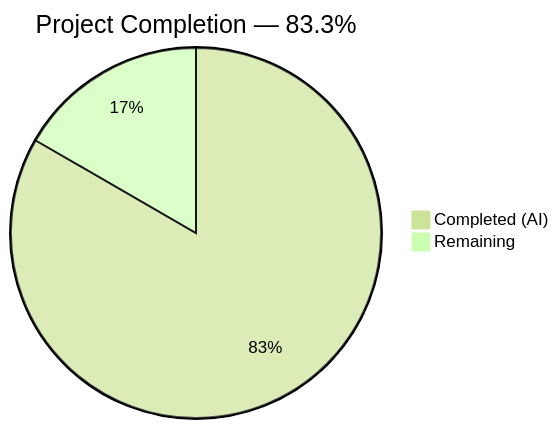
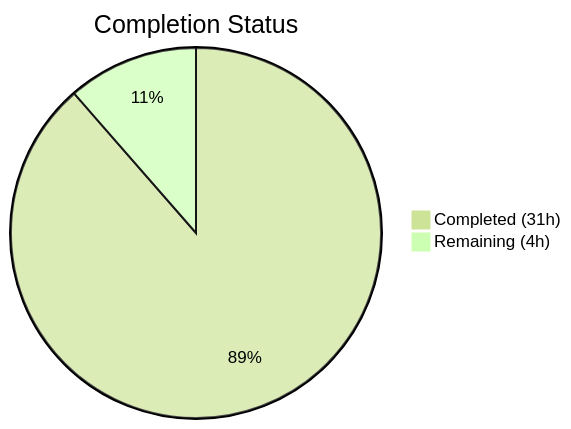
The first of 2 diagrams in blitzy/documentation/Project Guide.md (blitzy-public-samples/mfe-toolbox), drawn with Mermaid (forest theme) before and after one commit. The commit also changed other lines of this file, not shown here.

Commit message:
Adding Blitzy Project Guide: Project Status and Human Tasks Remaining

````diff
--- a/blitzy/documentation/Project Guide.md
+++ b/blitzy/documentation/Project Guide.md
@@ -13,5 +13,5 @@
 ```mermaid
-pie title Project Completion — 83.3%
-    "Completed (AI)" : 30
-    "Remaining" : 6
+pie title Completion Status
+    "Completed (31h)" : 31
+    "Remaining (4h)" : 4
 ```
````
